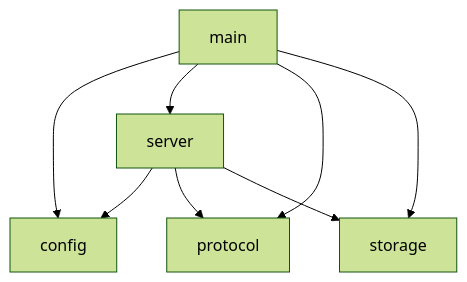
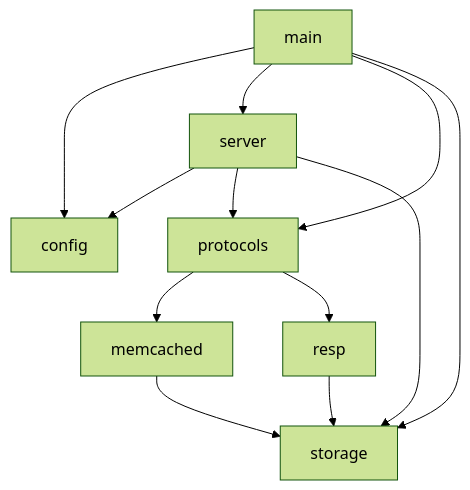
Before and after one commit to pelikan-io/grow-a-cache: the diagram in docs/architecture.md, drawn with Mermaid (forest theme). The commit also changed other lines of this file and 5 other files, not shown here.

````diff
--- a/docs/architecture.md
+++ b/docs/architecture.md
@@ -5,10 +5,14 @@
 ```mermaid
 graph TD
     main --> config
     main --> server
-    main --> protocol
+    main --> protocols
     main --> storage
     server --> config
-    server --> protocol
+    server --> protocols
     server --> storage
+    protocols --> memcached
+    protocols --> resp
+    memcached --> storage
+    resp --> storage
 ```
````
